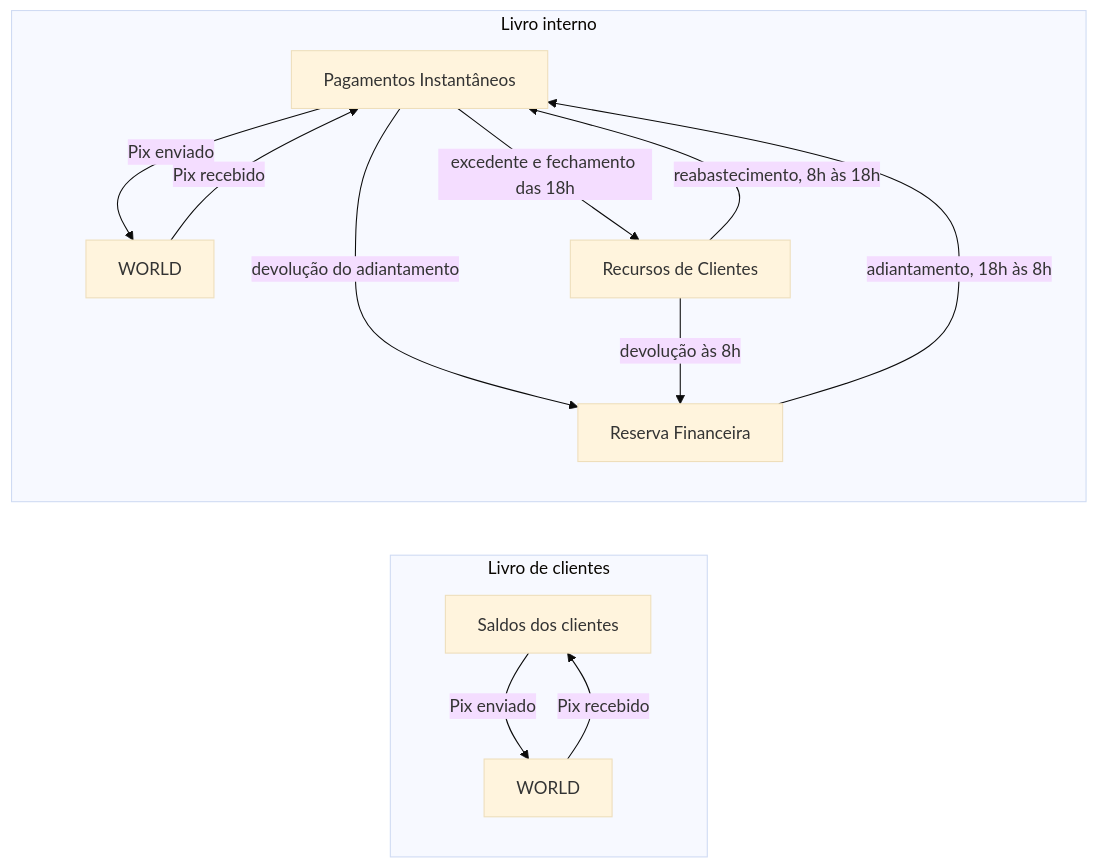
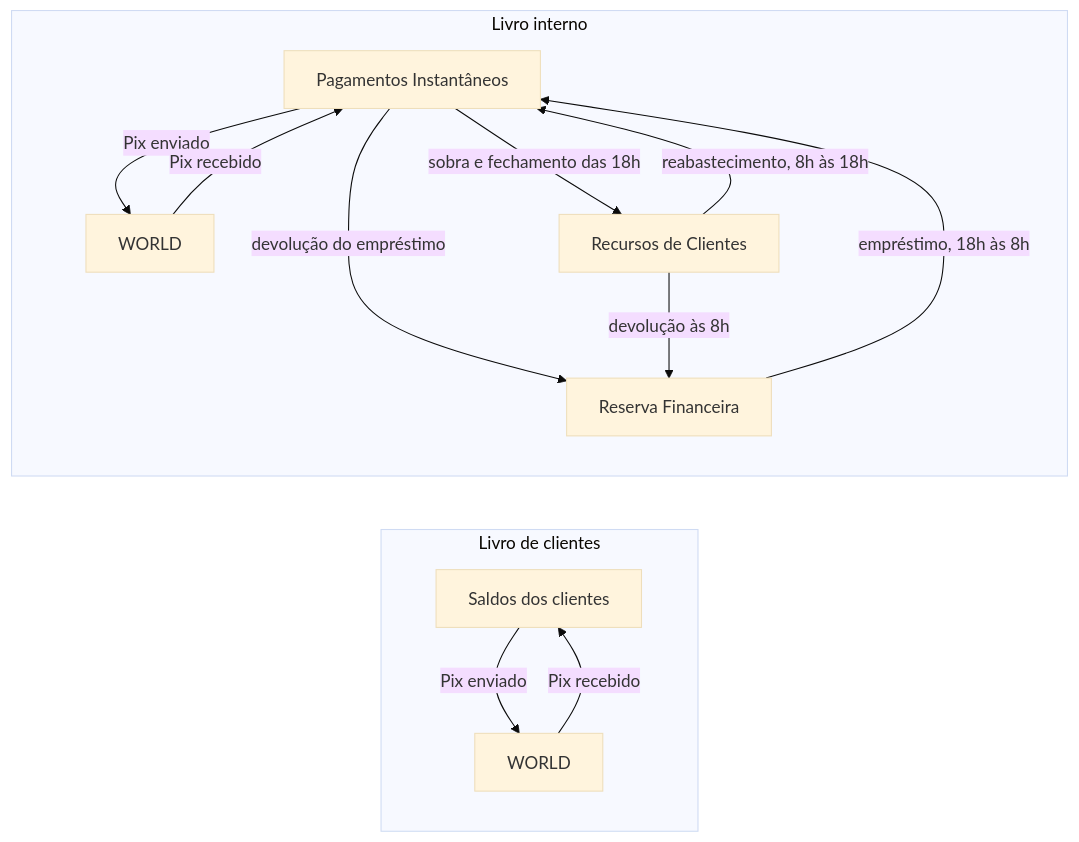
Before and after one commit to joaovictorf01/pix-ledger: the first of 2 diagrams in ARQUITETURA.md, drawn with Mermaid (base theme). The commit also changed other lines of this file, not shown here.

Commit message:
Rewrite architecture document in simpler language

````diff
--- a/ARQUITETURA.md
+++ b/ARQUITETURA.md
@@ -19,22 +13,22 @@
 ```mermaid
 flowchart LR
     subgraph clientes[Livro de clientes]
         C[Saldos dos clientes]
         WC[WORLD]
     end
     subgraph interno[Livro interno]
         IP[Pagamentos Instantâneos]
         CF[Recursos de Clientes]
         R[Reserva Financeira]
         WI[WORLD]
     end
     C -- Pix enviado --> WC
     WC -- Pix recebido --> C
     IP -- Pix enviado --> WI
     WI -- Pix recebido --> IP
     CF -- reabastecimento, 8h às 18h --> IP
-    IP -- excedente e fechamento das 18h --> CF
-    R -- adiantamento, 18h às 8h --> IP
-    IP -- devolução do adiantamento --> R
+    IP -- sobra e fechamento das 18h --> CF
+    R -- empréstimo, 18h às 8h --> IP
+    IP -- devolução do empréstimo --> R
     CF -- devolução às 8h --> R
 ```
````
